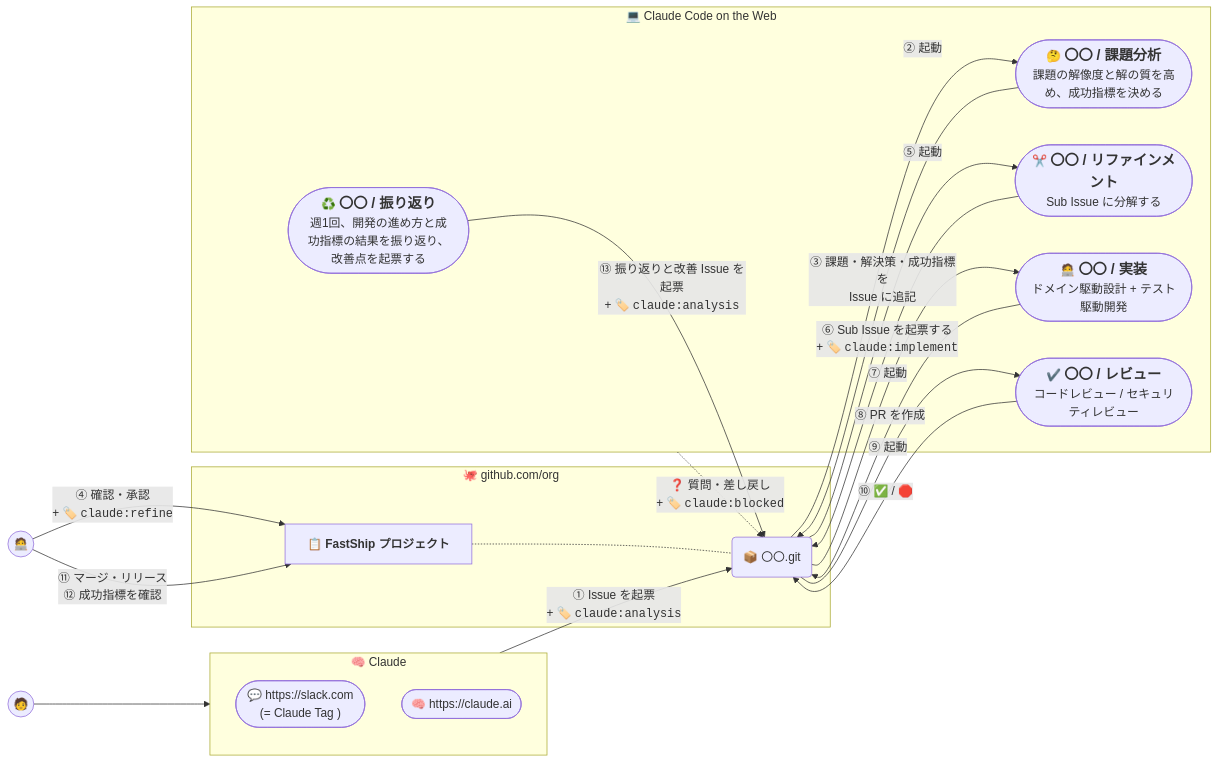
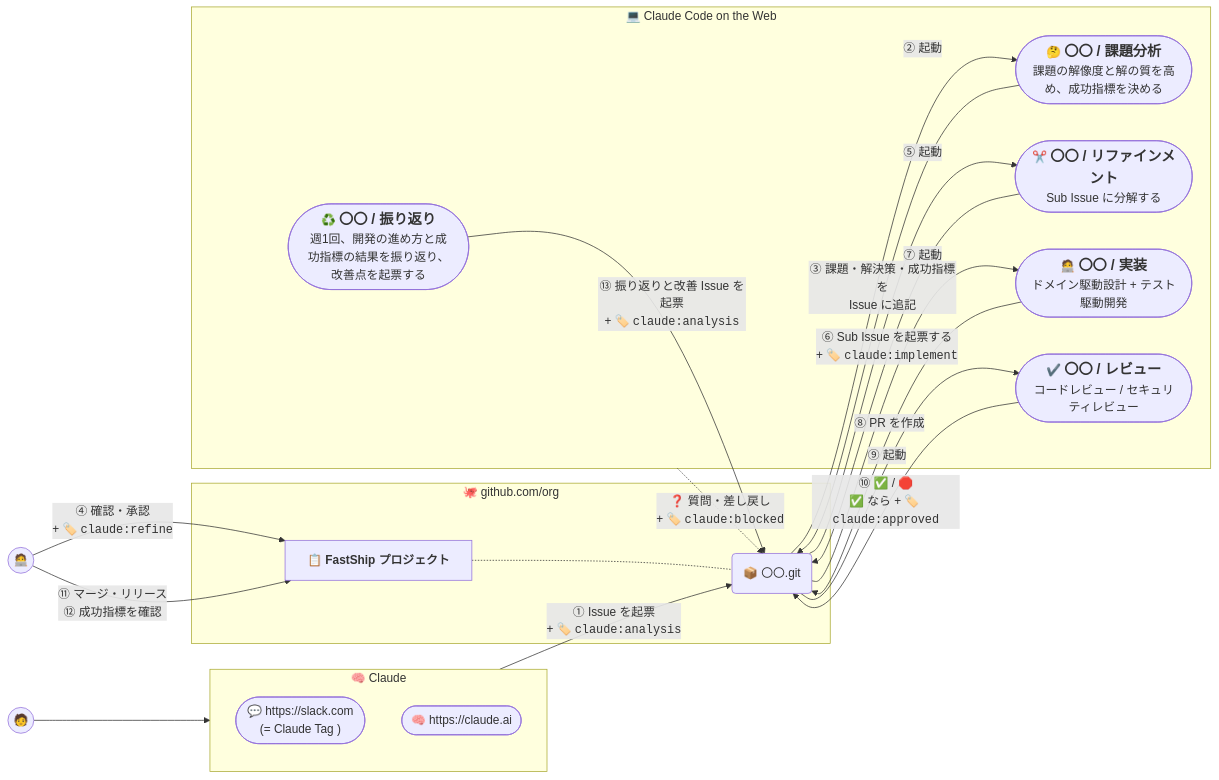
One commit to theindiehacker/fastship-plugin changed the diagram in README.md. Above: the diagram before and after it, drawn with Mermaid. The commit also changed other lines of this file and 4 other files, not shown here.

````diff
--- a/README.md
+++ b/README.md
@@ -9,40 +9,40 @@
 ```mermaid
 graph LR;
     Human(("🧑")) --> Claude
     
     subgraph Claude ["🧠 Claude"]
         slack.com(["💬 https://slack.com<br/>(= Claude Tag )"])
         claude.ai(["🧠 https://claude.ai"])
     end
     
     subgraph GitHub ["🐙 github.com/org"]
         Project["📋 <b>FastShip プロジェクト</b>"]
         Repository("📦 〇〇.git")
         
         Project -.- Repository
     end
 
     subgraph ClaudeCode ["💻 Claude Code on the Web"]
         analysis(["🤔 <b style='font-size: larger;'>〇〇 / 課題分析</b><br/>課題の解像度と解の質を高め、成功指標を決める"])
         refinement(["✂️ <b  style='font-size: larger;'>〇〇 / リファインメント</b><br/>Sub Issue に分解する"])
         implement(["🧑‍💻 <b  style='font-size: larger;'>〇〇 / 実装</b><br/>ドメイン駆動設計 + テスト駆動開発"])
         review(["✔️ <b  style='font-size: larger;'>〇〇 / レビュー</b><br/>コードレビュー / セキュリティレビュー"])
 
         retrospective(["♻️️ <b  style='font-size: larger;'>〇〇 / 振り返り</b><br/>週1回、開発の進め方と成功指標の結果を振り返り、改善点を起票する"])
     end
 
     Claude -->|① Issue を起票<br/>+ 🏷️ <code>claude:analysis</code>| Repository -->|② 起動| analysis
     analysis -->|③ 課題・解決策・成功指標を<br/>Issue に追記| Repository
     Developer(("🧑‍💻")) -->|④ 確認・承認<br/>+ 🏷️ <code>claude:refine</code>| Project
     Repository -->|⑤ 起動| refinement -->|⑥ Sub Issue を起票する<br/>+ 🏷️ <code>claude:implement</code>| Repository
     
     Repository -->|⑦ 起動| implement -->|⑧ PR を作成| Repository
     
-    Repository -->|⑨ 起動| review -->|⑩ ✅ / 🛑| Repository
+    Repository -->|⑨ 起動| review -->|⑩ ✅ / 🛑<br/>✅ なら + 🏷️ <code>claude:approved</code>| Repository
 
     Developer -->|⑪ マージ・リリース<br/>⑫ 成功指標を確認| Project
 
     retrospective -->|⑬ 振り返りと改善 Issue を起票<br/>+ 🏷️ <code>claude:analysis</code>| Repository
 
     ClaudeCode -.->|❓ 質問・差し戻し<br/>+ 🏷️ <code>claude:blocked</code>| Repository
 ```
````
